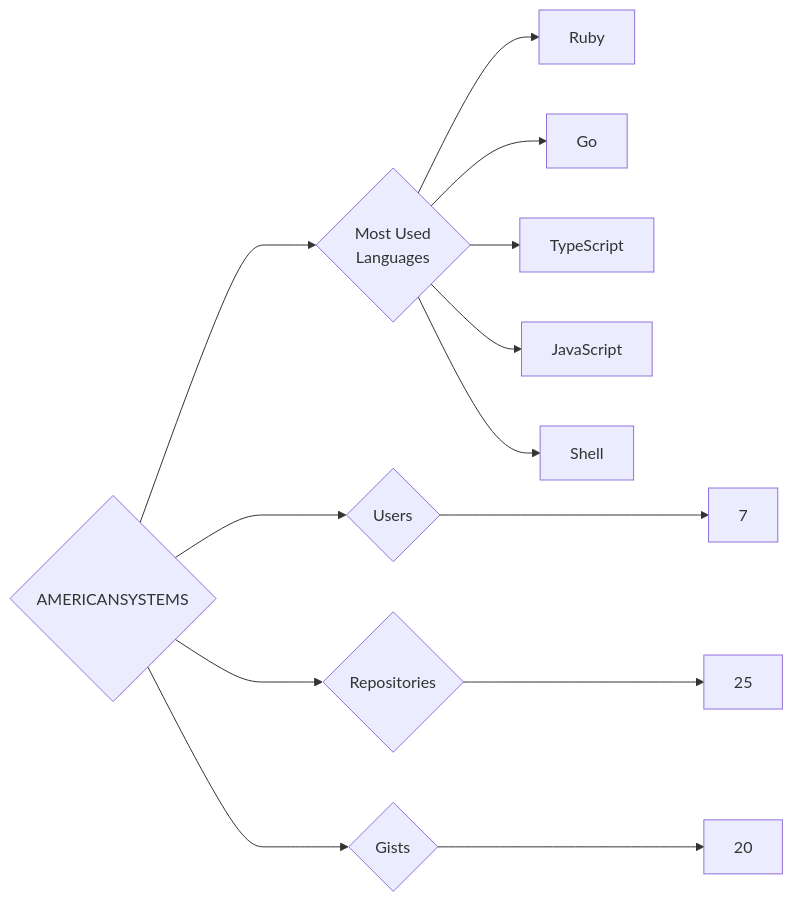
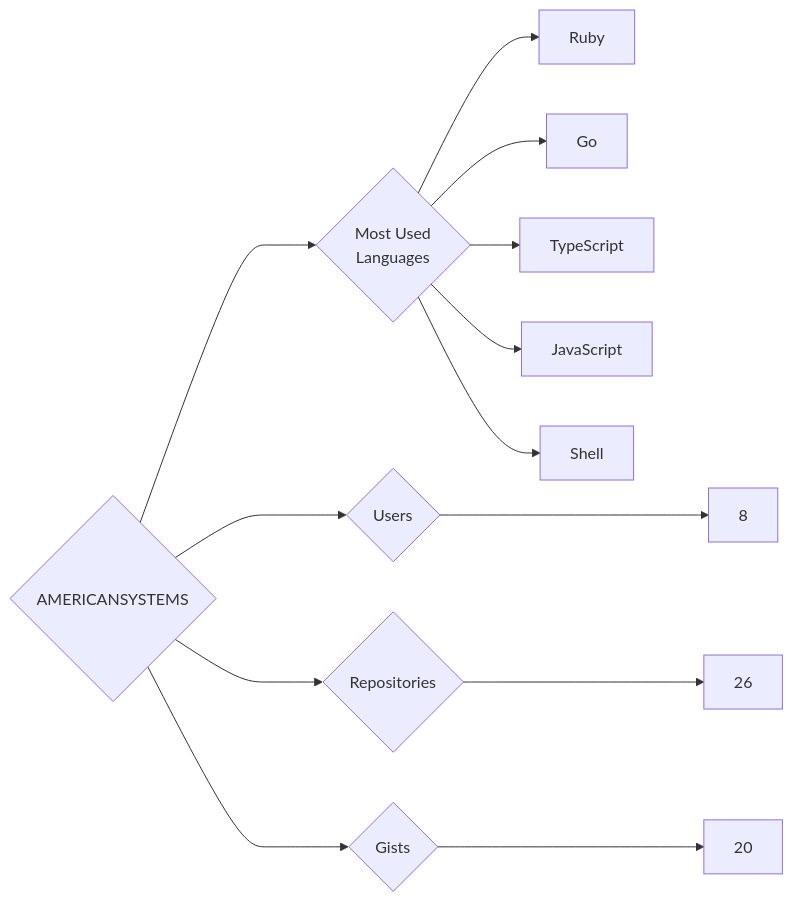
One commit to trickest/insiders changed the diagram in targets/AMERICANSYSTEMS/README.md. Above: the diagram before and after it, drawn with Mermaid. The commit also changed 865 other files, not shown here.

````diff
--- a/targets/AMERICANSYSTEMS/README.md
+++ b/targets/AMERICANSYSTEMS/README.md
@@ -3,13 +3,13 @@
 ```mermaid
 graph LR
 COMPANY_NAME{AMERICANSYSTEMS}
-COMPANY_NAME ---> U{Users} ---> UN[7]
-COMPANY_NAME ---> R{Repositories} ---> RN[25]
+COMPANY_NAME ---> U{Users} ---> UN[8]
+COMPANY_NAME ---> R{Repositories} ---> RN[26]
 COMPANY_NAME ---> G{Gists} ---> GN[20]
 COMPANY_NAME ---> ML{Most Used<br>Languages}
 ML --> Ruby[Ruby]
 ML --> Go[Go]
 ML --> TypeScript[TypeScript]
 ML --> JavaScript[JavaScript]
 ML --> Shell[Shell]
 ```
````
